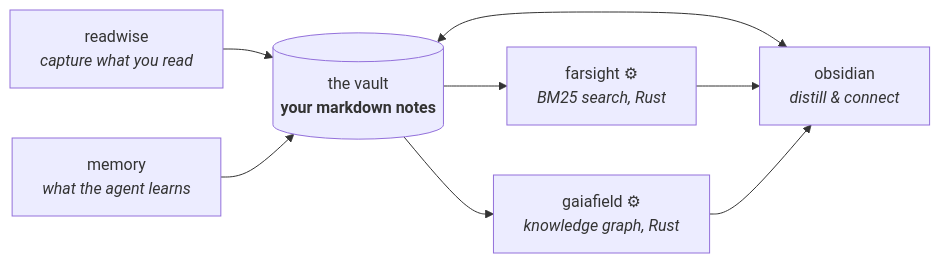
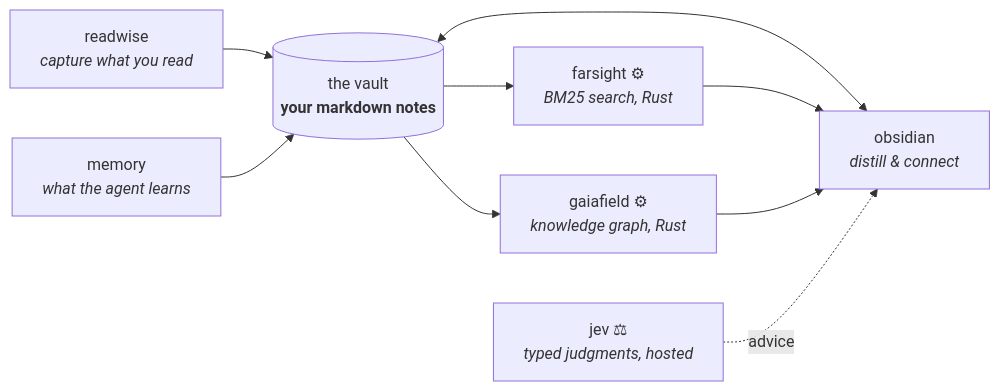
The first of 2 diagrams in README.md (marsmike/agentic-toolkit), drawn with Mermaid before and after one commit. The commit also changed other lines of this file and 95 other files, not shown here.

First line of the commit message:
Typed judgments: Jev as an advisory judgment layer (R8+R9) (#12)

````diff
--- a/README.md
+++ b/README.md
@@ -17,10 +17,11 @@
 ```mermaid
 flowchart LR
     R[readwise<br/><i>capture what you read</i>] --> V
     V[(the vault<br/><b>your markdown notes</b>)] <--> O[obsidian<br/><i>distill &amp; connect</i>]
     M[memory<br/><i>what the agent learns</i>] --> V
     V --> F[farsight ⚙<br/><i>BM25 search, Rust</i>]
     V --> G[gaiafield ⚙<br/><i>knowledge graph, Rust</i>]
     F --> O
     G --> O
+    J[jev ⚖<br/><i>typed judgments, hosted</i>] -. advice .-> O
 ```
````
